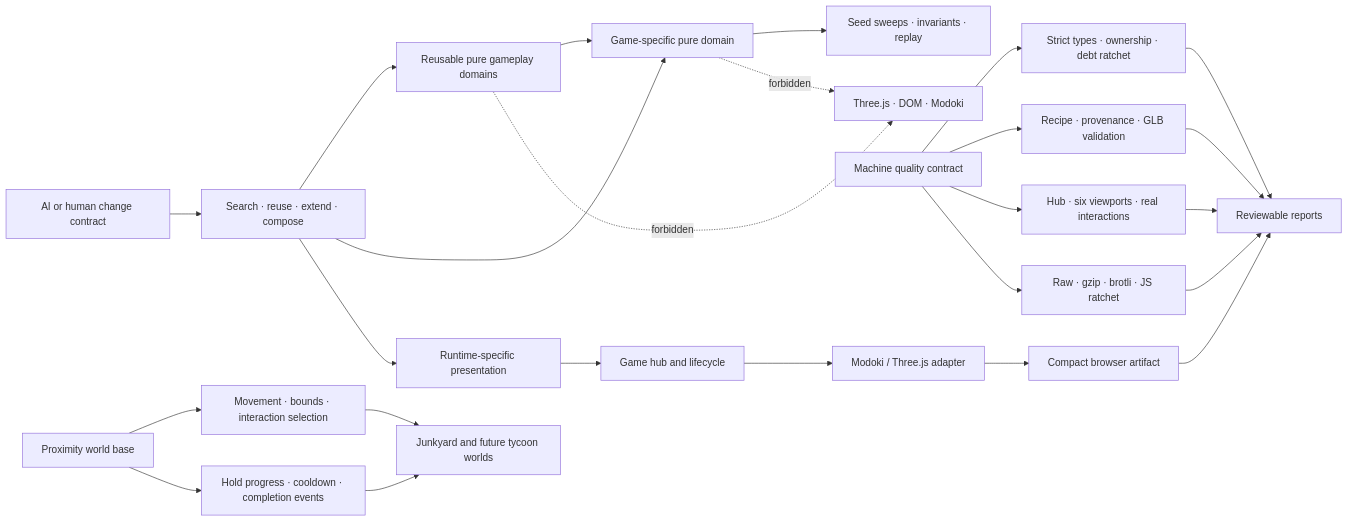
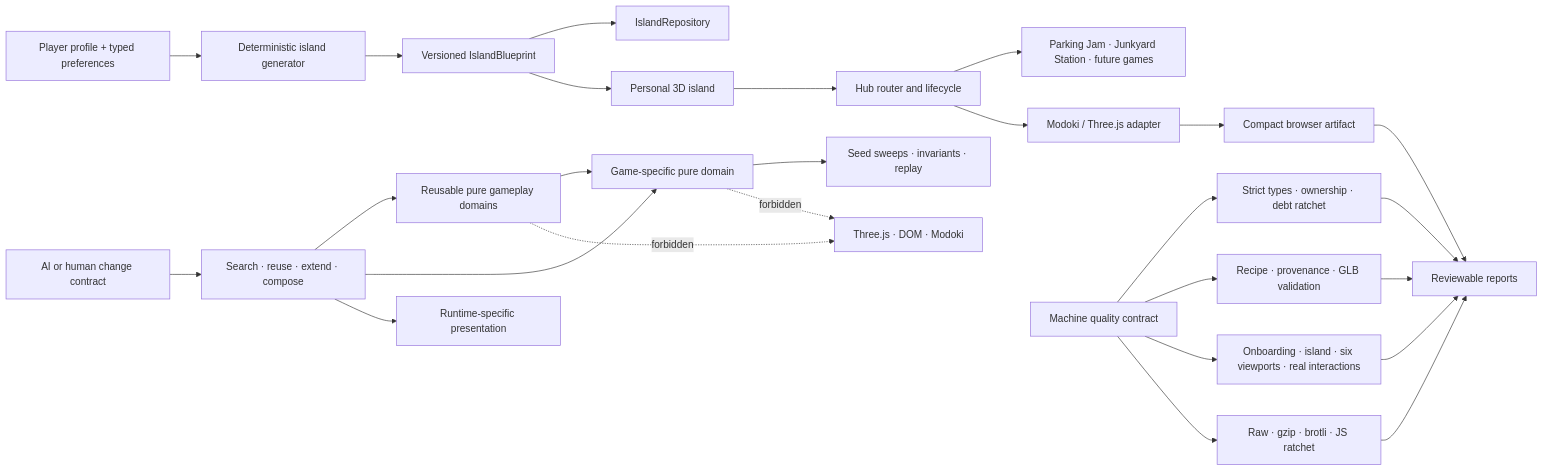
The diagram in architecture/target.mmd (T-Damer/slop), drawn with Mermaid before and after one commit. The commit also changed 39 other files, not shown here.

Commit message:
feat: make the personal island the default SLOP world

```diff
--- a/architecture/target.mmd
+++ b/architecture/target.mmd
@@ -1,28 +1,29 @@
 flowchart LR
     Task[AI or human change contract] --> Search[Search · reuse · extend · compose]
     Search --> SharedDomain[Reusable pure gameplay domains]
     Search --> GameDomain[Game-specific pure domain]
     Search --> Presentation[Runtime-specific presentation]
     SharedDomain --> GameDomain
     GameDomain --> Tests[Seed sweeps · invariants · replay]
-    Presentation --> Hub[Game hub and lifecycle]
+
+    Profile[Player profile + typed preferences] --> Generator[Deterministic island generator]
+    Generator --> Blueprint[Versioned IslandBlueprint]
+    Blueprint --> Repository[IslandRepository]
+    Blueprint --> IslandScene[Personal 3D island]
+    IslandScene --> Hub[Hub router and lifecycle]
+    Hub --> Games[Parking Jam · Junkyard Station · future games]
     Hub --> Runtime[Modoki / Three.js adapter]
     Runtime --> Build[Compact browser artifact]
 
-    Proximity[Proximity world base] --> Movement[Movement · bounds · interaction selection]
-    Proximity --> Progress[Hold progress · cooldown · completion events]
-    Movement --> Tycoon[Junkyard and future tycoon worlds]
-    Progress --> Tycoon
-
     Quality[Machine quality contract] --> CodeGate[Strict types · ownership · debt ratchet]
     Quality --> AssetGate[Recipe · provenance · GLB validation]
-    Quality --> UiGate[Hub · six viewports · real interactions]
+    Quality --> UiGate[Onboarding · island · six viewports · real interactions]
     Quality --> BudgetGate[Raw · gzip · brotli · JS ratchet]
     CodeGate --> CI[Reviewable reports]
     AssetGate --> CI
     UiGate --> CI
     BudgetGate --> CI
     Build --> CI
 
     SharedDomain -. forbidden .-> Three[Three.js · DOM · Modoki]
     GameDomain -. forbidden .-> Three
```
